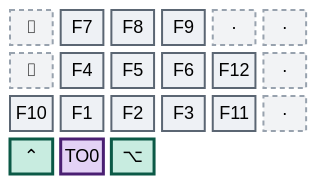
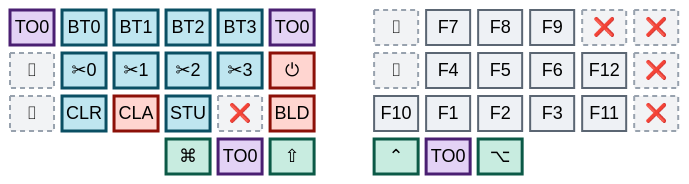
Before and after one commit to abloch/zmk-corne: the sixth of 6 diagrams in README.md, drawn with Mermaid. The commit also changed other lines of this file, not shown here.

First line of the commit message:
Redraw the README layer maps as single side-by-side diagrams

````diff
--- a/README.md
+++ b/README.md
@@ -351,20 +221,24 @@
 ```mermaid
 %%{init: {'theme':'base','themeVariables':{'primaryColor':'#eef1f5','primaryTextColor':'#0b0f14','primaryBorderColor':'#5b6673','nodeTextColor':'#0b0f14','textColor':'#0b0f14','mainBkg':'#eef1f5','fontSize':'18px'}}}%%
 block
-columns 6
+columns 13
 
-  tra["⌷"] f7["F7"] f8["F8"] f9["F9"] xa["·"] xb["·"]
-  trb["⌷"] f4["F4"] f5["F5"] f6["F6"] f12["F12"] xc["·"]
-  f10["F10"] f1["F1"] f2["F2"] f3["F3"] f11["F11"] xd["·"]
-  ctrl["⌃"] to0["TO0"] alt["⌥"] space:3
+  to0["TO0"] b0["BT0"] b1["BT1"] b2["BT2"] b3["BT3"] t0b["TO0"] space tra["⌷"] f7["F7"] f8["F8"] f9["F9"] x1["❌"] x2["❌"]
+  trc["⌷"] d0["✂0"] d1["✂1"] d2["✂2"] d3["✂3"] off["⏻"] space trd["⌷"] f4["F4"] f5["F5"] f6["F6"] f12["F12"] x3["❌"]
+  tre["⌷"] clr["CLR"] cla["CLA"] stu["STU"] x4["❌"] bld["BLD"] space f10["F10"] f1["F1"] f2["F2"] f3["F3"] f11["F11"] x5["❌"]
+  space:3 cmd["⌘"] t0c["TO0"] sft["⇧"] space ctl["⌃"] t0d["TO0"] alt["⌥"] space:3
 
+  classDef radio fill:#bfe6f0,stroke:#0a4f63,stroke-width:3px,color:#04222b
+  classDef danger fill:#ffd5d0,stroke:#8c1008,stroke-width:3px,color:#3d0603
+  classDef layerk fill:#e3d2f5,stroke:#4a1f72,stroke-width:3px,color:#240c39
   classDef core fill:#eef1f5,stroke:#5b6673,stroke-width:2px,color:#0b0f14
-  classDef layerk fill:#e3d2f5,stroke:#4a1f72,stroke-width:3px,color:#240c39
   classDef thumb fill:#c8ece0,stroke:#0b5946,stroke-width:3px,color:#06241c
   classDef dead fill:#f2f3f5,stroke:#98a2ae,stroke-width:2px,stroke-dasharray:5 4,color:#5b6673
 
+  class b0,b1,b2,b3,d0,d1,d2,d3,clr,stu radio
+  class cla,off,bld danger
+  class to0,t0b,t0c,t0d layerk
   class f1,f2,f3,f4,f5,f6,f7,f8,f9,f10,f11,f12 core
-  class to0 layerk
-  class ctrl,alt thumb
-  class tra,trb,xa,xb,xc,xd dead
+  class cmd,sft,ctl,alt thumb
+  class tra,trc,trd,tre,x1,x2,x3,x4,x5 dead
 ```
````
